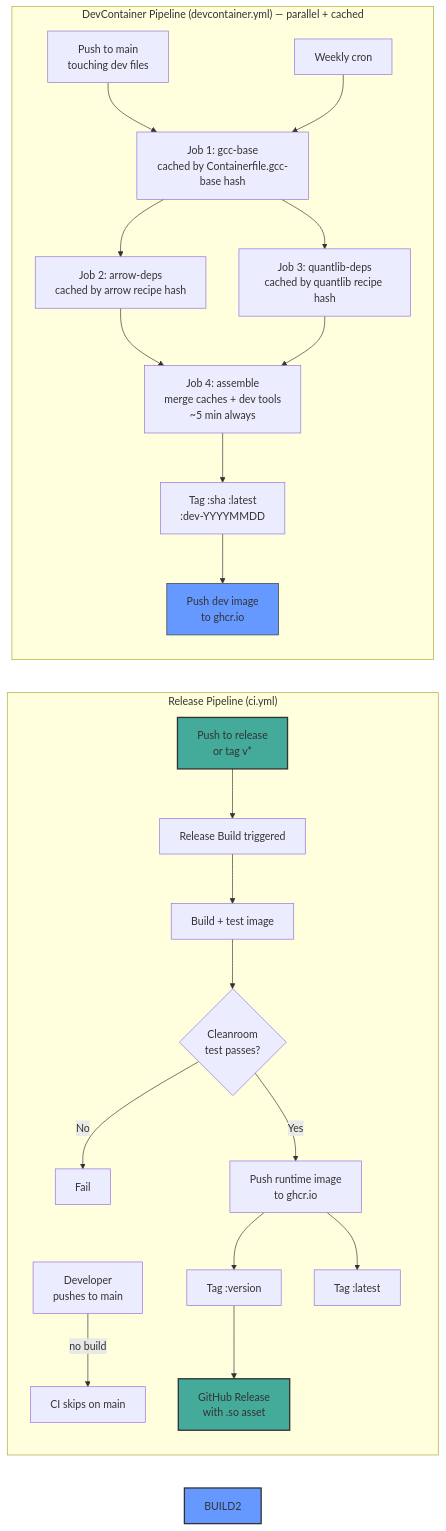
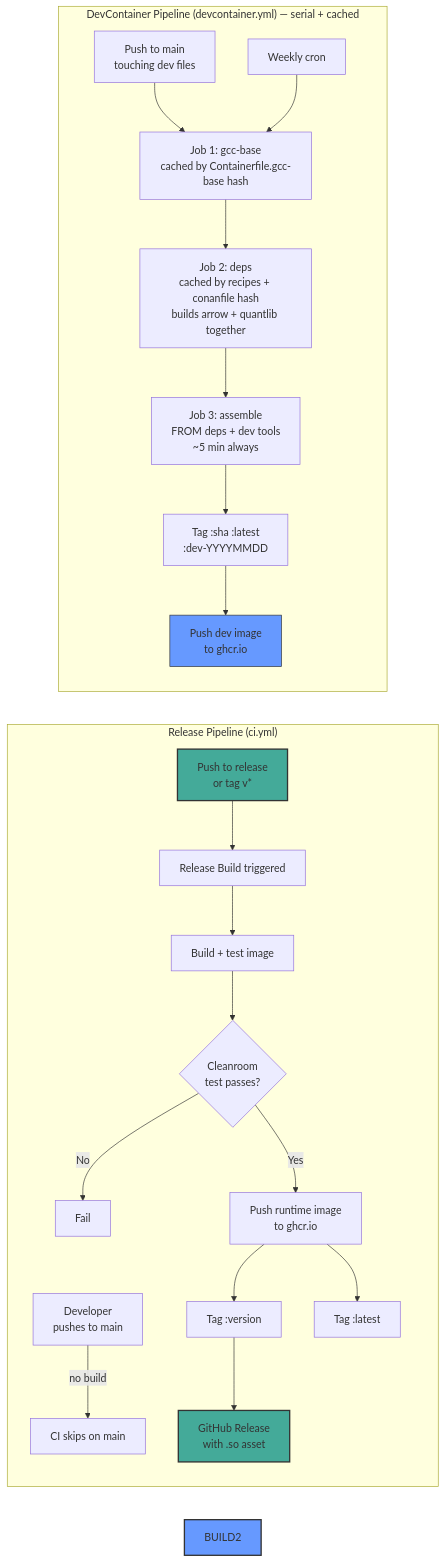
Before and after one commit to arekglinka/lambda_cpp26: the eighth of 8 diagrams in docs/architecture.md, drawn with Mermaid. The commit also changed other lines of this file and 6 other files, not shown here.

First line of the commit message:
fix(ci): replace parallel arrow+quantlib split with serial deps job

````diff
--- a/docs/architecture.md
+++ b/docs/architecture.md
@@ -391,36 +380,34 @@
 ```mermaid
 graph LR
     subgraph "Release Pipeline (ci.yml)"
         DEV1[Developer<br/>pushes to main]
         REL[Push to release<br/>or tag v*]
         
         DEV1 -->|no build| SKIP[CI skips on main]
         REL --> TRIGGER[Release Build triggered]
         TRIGGER --> BUILD[Build + test image]
         BUILD --> CHECK{Cleanroom<br/>test passes?}
         CHECK -->|No| FAIL[Fail]
         CHECK -->|Yes| PUSH[Push runtime image<br/>to ghcr.io]
         PUSH --> TAG_VER[Tag :version]
         PUSH --> TAG_LATEST[Tag :latest]
         TAG_VER --> RELEASE[GitHub Release<br/>with .so asset]
     end
     
-    subgraph "DevContainer Pipeline (devcontainer.yml) — parallel + cached"
+    subgraph "DevContainer Pipeline (devcontainer.yml) — serial + cached"
         DEV2[Push to main<br/>touching dev files]
         CRON2[Weekly cron]
         
         DEV2 --> J1[Job 1: gcc-base<br/>cached by Containerfile.gcc-base hash]
         CRON2 --> J1
-        J1 --> J2A[Job 2: arrow-deps<br/>cached by arrow recipe hash]
-        J1 --> J2B[Job 3: quantlib-deps<br/>cached by quantlib recipe hash]
-        J2A --> J3[Job 4: assemble<br/>merge caches + dev tools<br/>~5 min always]
-        J2B --> J3
+        J1 --> J2[Job 2: deps<br/>cached by recipes + conanfile hash<br/>builds arrow + quantlib together]
+        J2 --> J3[Job 3: assemble<br/>FROM deps + dev tools<br/>~5 min always]
         J3 --> DEVTAGS[Tag :sha :latest<br/>:dev-YYYYMMDD]
         DEVTAGS --> DEVPUSH[Push dev image<br/>to ghcr.io]
     end
     
     style REL fill:#4a9,stroke:#333,stroke-width:2px
     style RELEASE fill:#4a9,stroke:#333,stroke-width:2px
     style BUILD2 fill:#69f,stroke:#333,stroke-width:2px
     style DEVPUSH fill:#69f,stroke:#333
 ```
````
